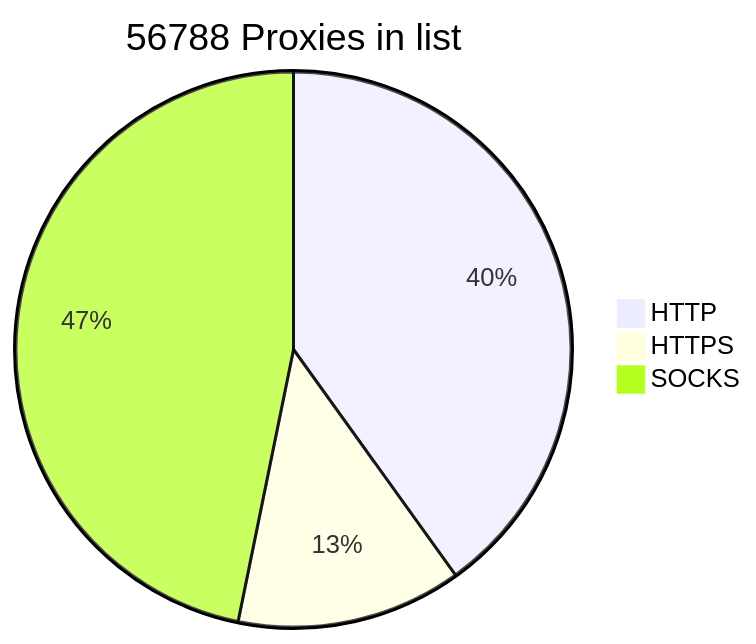
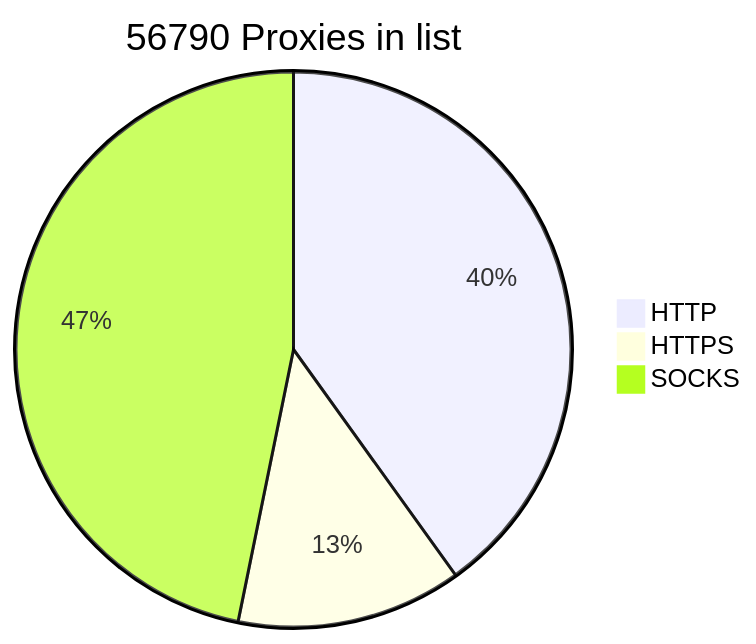
The diagram in README.md (BlackSnowDot/proxylist-update-every-minute), drawn with Mermaid before and after one commit.

````diff
--- a/README.md
+++ b/README.md
@@ -2,6 +2,6 @@
 ```mermaid
-pie title 56788 Proxies in list
-    "HTTP" : 25601
+pie title 56790 Proxies in list
+    "HTTP" : 25602
     "HTTPS": 8374
-    "SOCKS" : 29889
+    "SOCKS" : 29890
 ```
````
